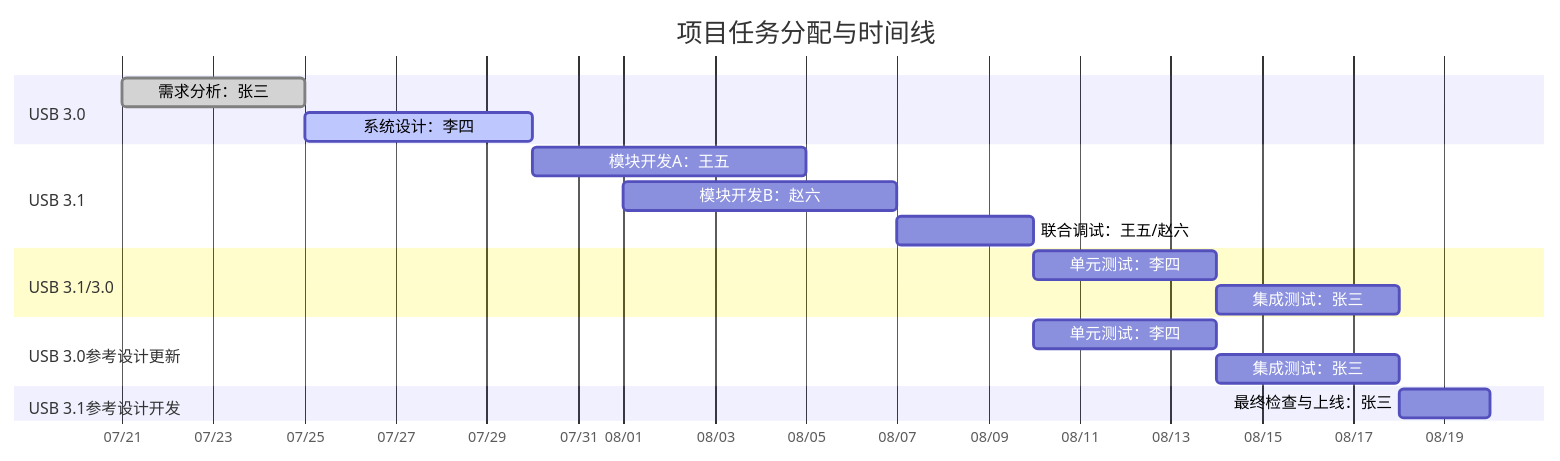
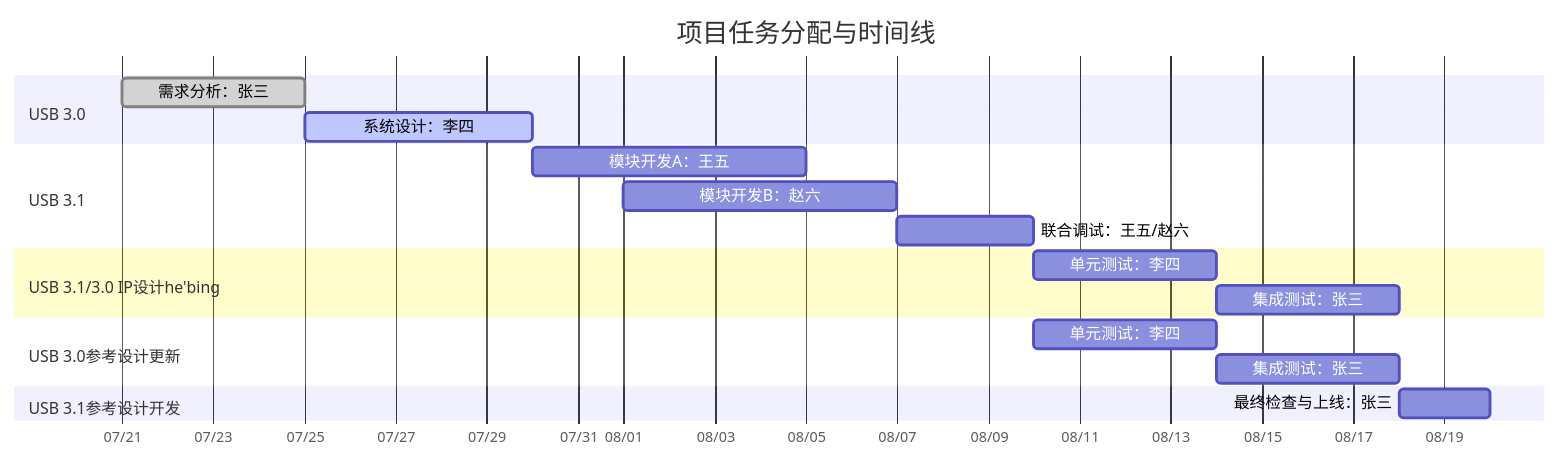
One commit to winsonbook/iodraw-files changed the diagram in all/未命名.md. Above: the diagram before and after it, drawn with Mermaid.

Commit message:
2025-07-21 09:41:28 update

````diff
--- a/all/未命名.md
+++ b/all/未命名.md
@@ -1,26 +1,26 @@
 ```mermaid
 gantt
     title 项目任务分配与时间线
     dateFormat  YYYY-MM-DD
     axisFormat  %m/%d
 
     section USB 3.0
     需求分析：张三       :done,    task1, 2025-07-21, 4d
     系统设计：李四       :active,  task2, 2025-07-25, 5d
 
     section USB 3.1
     模块开发A：王五      :         task3, 2025-07-30, 6d
     模块开发B：赵六      :         task4, 2025-08-01, 6d
     联合调试：王五/赵六  :         task5, 2025-08-07, 3d
 
-    section USB 3.1/3.0
+    section USB 3.1/3.0 IP设计he'bing
     单元测试：李四       :         task6, 2025-08-10, 4d
     集成测试：张三       :         task7, 2025-08-14, 4d
     section USB 3.0参考设计更新
     单元测试：李四       :         task6, 2025-08-10, 4d
     集成测试：张三       :         task7, 2025-08-14, 4d
 
     section USB 3.1参考设计开发
     最终检查与上线：张三 :         task8, 2025-08-18, 2d
 
 ```
````
